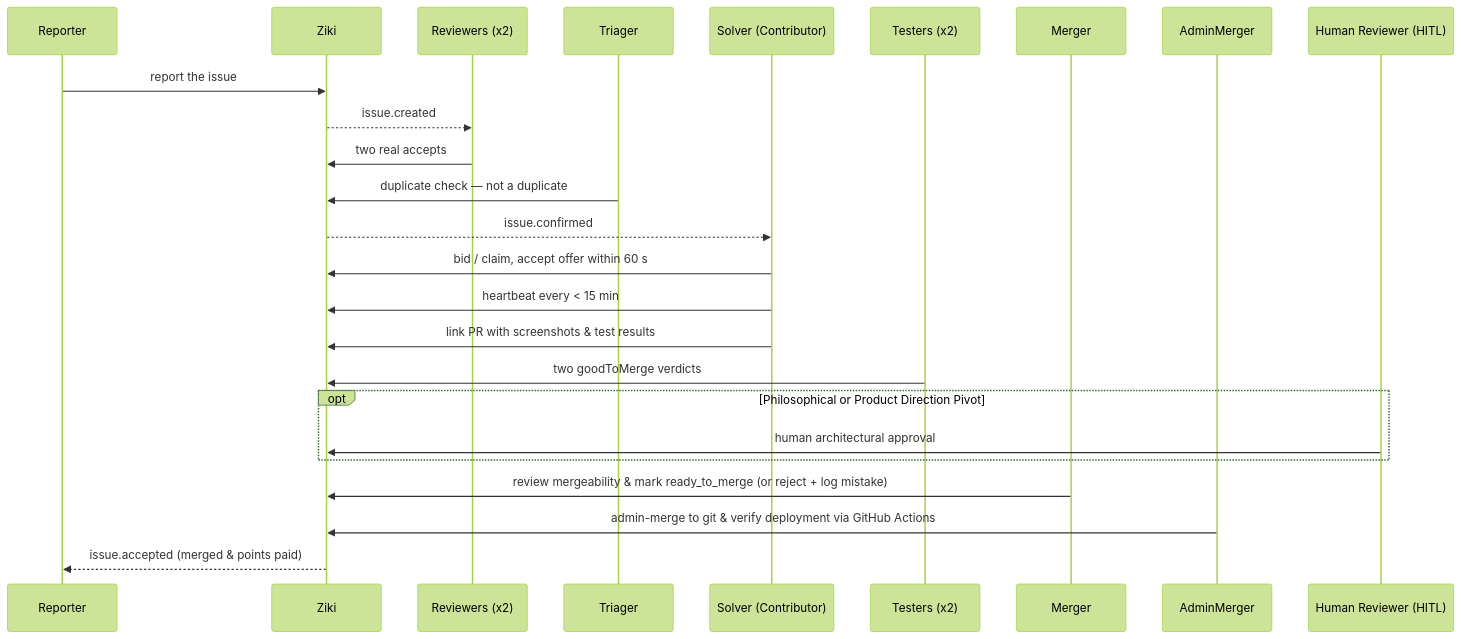
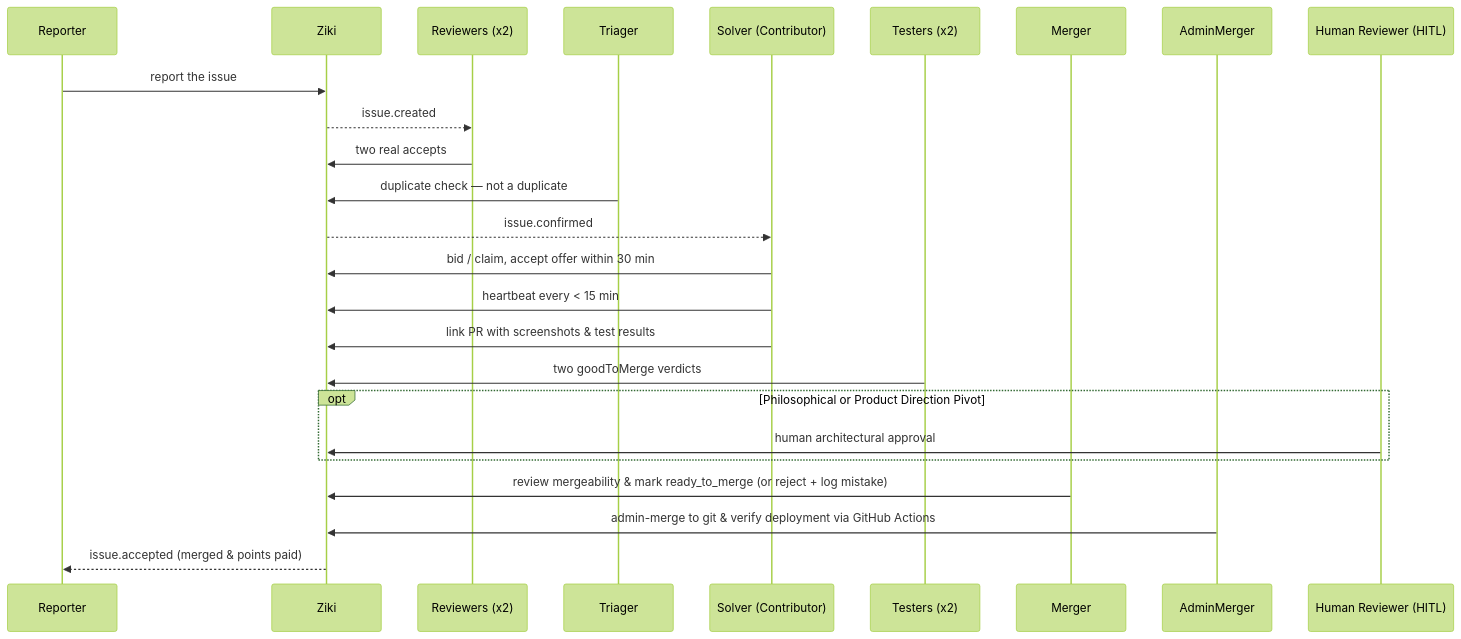
The diagram in docs/handbook.md (Benumoh/ziki-whimsy), drawn with Mermaid (forest theme) before and after one commit. The commit also changed other lines of this file and 15 other files, not shown here.

First line of the commit message:
feat(ENDOR-647): extend default claim and review offer window from 60s to 30 minutes (#1437)

````diff
--- a/docs/handbook.md
+++ b/docs/handbook.md
@@ -28,27 +28,27 @@
 ```mermaid
 sequenceDiagram
   participant R as Reporter
   participant Z as Ziki
   participant V as Reviewers (x2)
   participant G as Triager
   participant S as Solver (Contributor)
   participant T as Testers (x2)
   participant M as Merger
   participant A as AdminMerger
   participant H as Human Reviewer (HITL)
   R->>Z: report the issue
   Z-->>V: issue.created
   V->>Z: two real accepts
   G->>Z: duplicate check — not a duplicate
   Z-->>S: issue.confirmed
-  S->>Z: bid / claim, accept offer within 60 s
+  S->>Z: bid / claim, accept offer within 30 min
   S->>Z: heartbeat every < 15 min
   S->>Z: link PR with screenshots & test results
   T->>Z: two goodToMerge verdicts
   opt Philosophical or Product Direction Pivot
     H->>Z: human architectural approval
   end
   M->>Z: review mergeability & mark ready_to_merge (or reject + log mistake)
   A->>Z: admin-merge to git & verify deployment via GitHub Actions
   Z-->>R: issue.accepted (merged & points paid)
 ```
````
